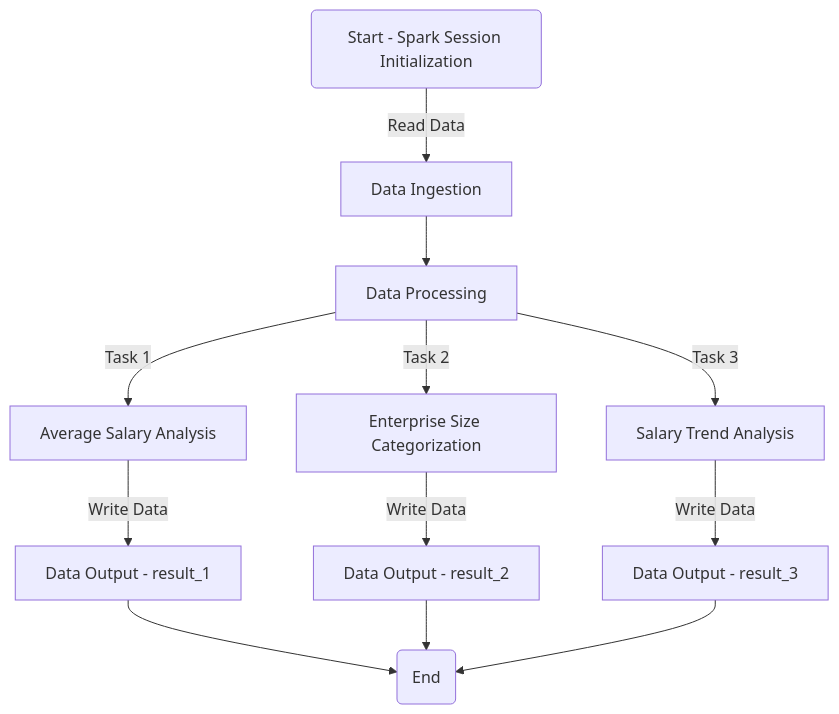
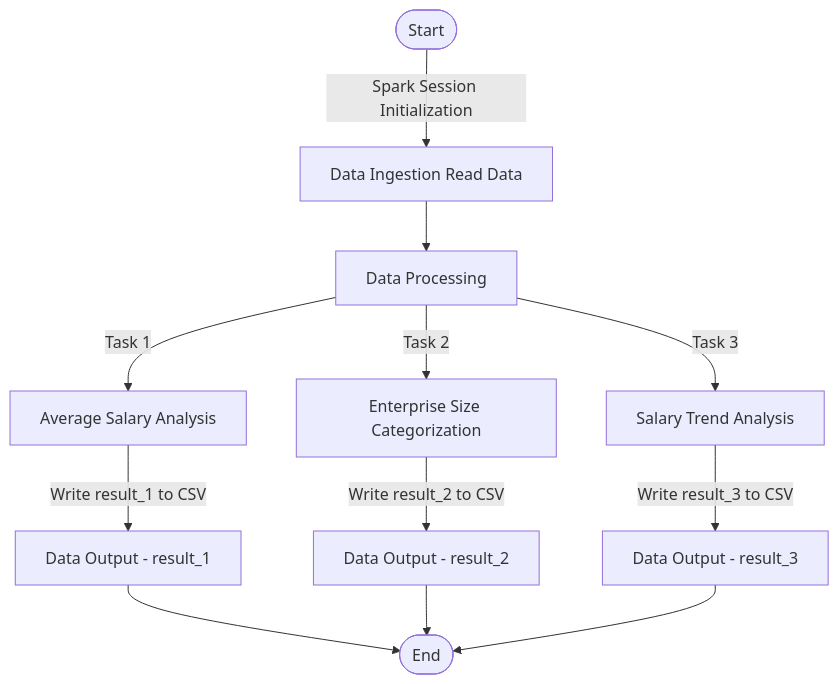
One commit to ashudas0110/Data_Engineering changed the first of 2 diagrams in Spark/Data Scientist Salaries Analysis/README.md. Above: the diagram before and after it, drawn with Mermaid. The commit also changed other lines of this file, not shown here.

````diff
--- a/Spark/Data Scientist Salaries Analysis/README.md
+++ b/Spark/Data Scientist Salaries Analysis/README.md
@@ -44,14 +44,14 @@
 ```mermaid
 flowchart TD
-    A(Start - Spark Session Initialization) -->|Read Data| B[Data Ingestion]
+    A([Start]) -->|Spark Session Initialization| B[Data Ingestion Read Data]
     B --> C[Data Processing]
     C -->|Task 1| D[Average Salary Analysis]
     C -->|Task 2| E[Enterprise Size Categorization]
     C -->|Task 3| F[Salary Trend Analysis]
-    D --> |Write Data| G[Data Output - result_1]
-    E --> |Write Data| H[Data Output - result_2]
-    F --> |Write Data| I[Data Output - result_3]
-    G --> J(End)
-    H --> J(End)
-    I --> J(End)  
+    D --> |Write result_1 to CSV| G[Data Output - result_1]
+    E --> |Write result_2 to CSV| H[Data Output - result_2]
+    F --> |Write result_3 to CSV| I[Data Output - result_3]
+    G --> J([End])
+    H --> J([End])
+    I --> J([End]) 
 ```
````
